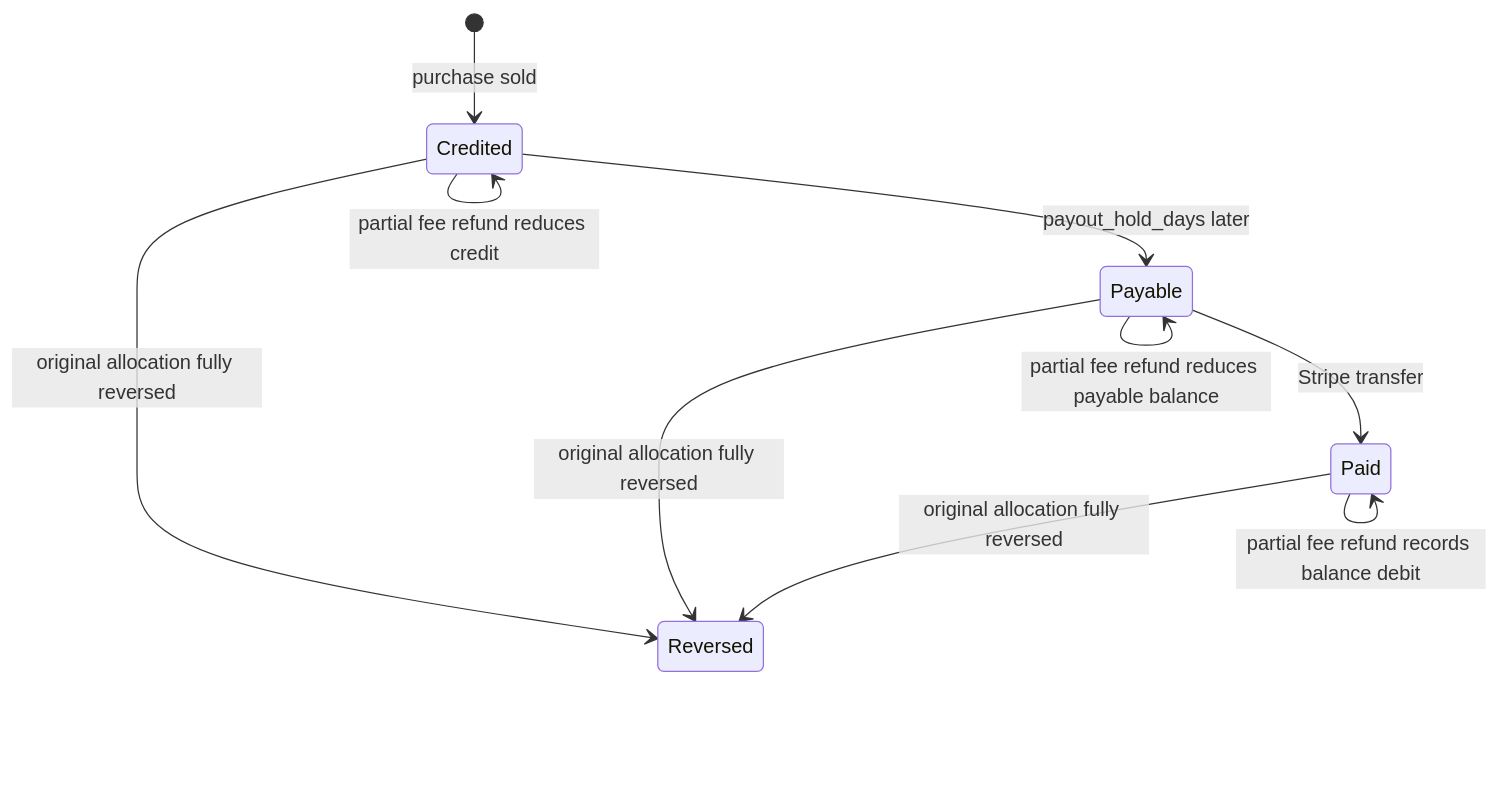
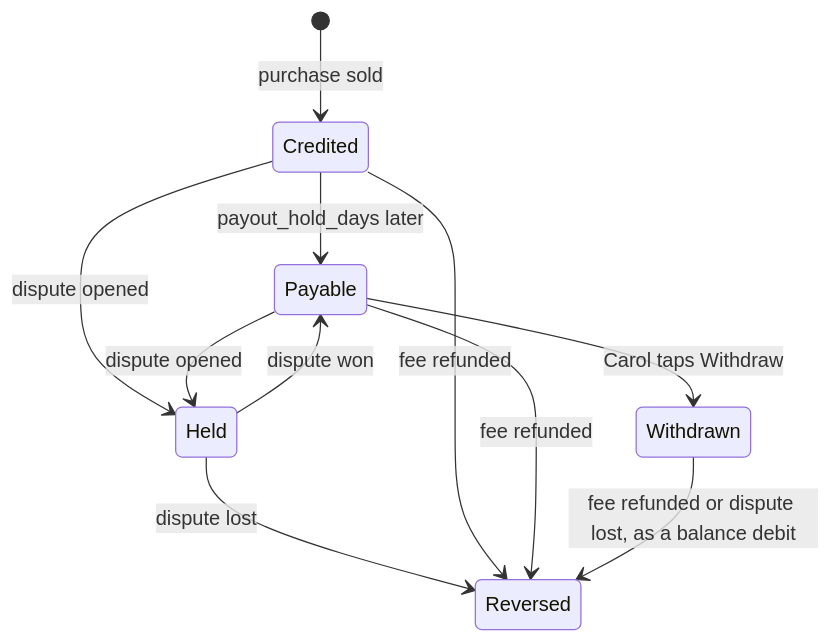
The second of 2 diagrams in 2-evy-on-freenet/09-remuneration.md (EVY-Platform/evy-freenet-plans), drawn with Mermaid before and after one commit. The commit also changed other lines of this file and 34 other files, not shown here.

````diff
--- a/2-evy-on-freenet/09-remuneration.md
+++ b/2-evy-on-freenet/09-remuneration.md
@@ -83,12 +101,13 @@
 ```mermaid
 stateDiagram-v2
     [*] --> Credited: purchase sold
     Credited --> Payable: payout_hold_days later
-    Credited --> Credited: partial fee refund reduces credit
-    Payable --> Payable: partial fee refund reduces payable balance
-    Paid --> Paid: partial fee refund records balance debit
-    Credited --> Reversed: original allocation fully reversed
-    Payable --> Reversed: original allocation fully reversed
-    Payable --> Paid: Stripe transfer
-    Paid --> Reversed: original allocation fully reversed
+    Credited --> Held: dispute opened
+    Payable --> Held: dispute opened
+    Held --> Payable: dispute won
+    Held --> Reversed: dispute lost
+    Payable --> Withdrawn: Carol taps Withdraw
+    Credited --> Reversed: fee refunded
+    Payable --> Reversed: fee refunded
+    Withdrawn --> Reversed: fee refunded or dispute lost, as a balance debit
 ```
````
